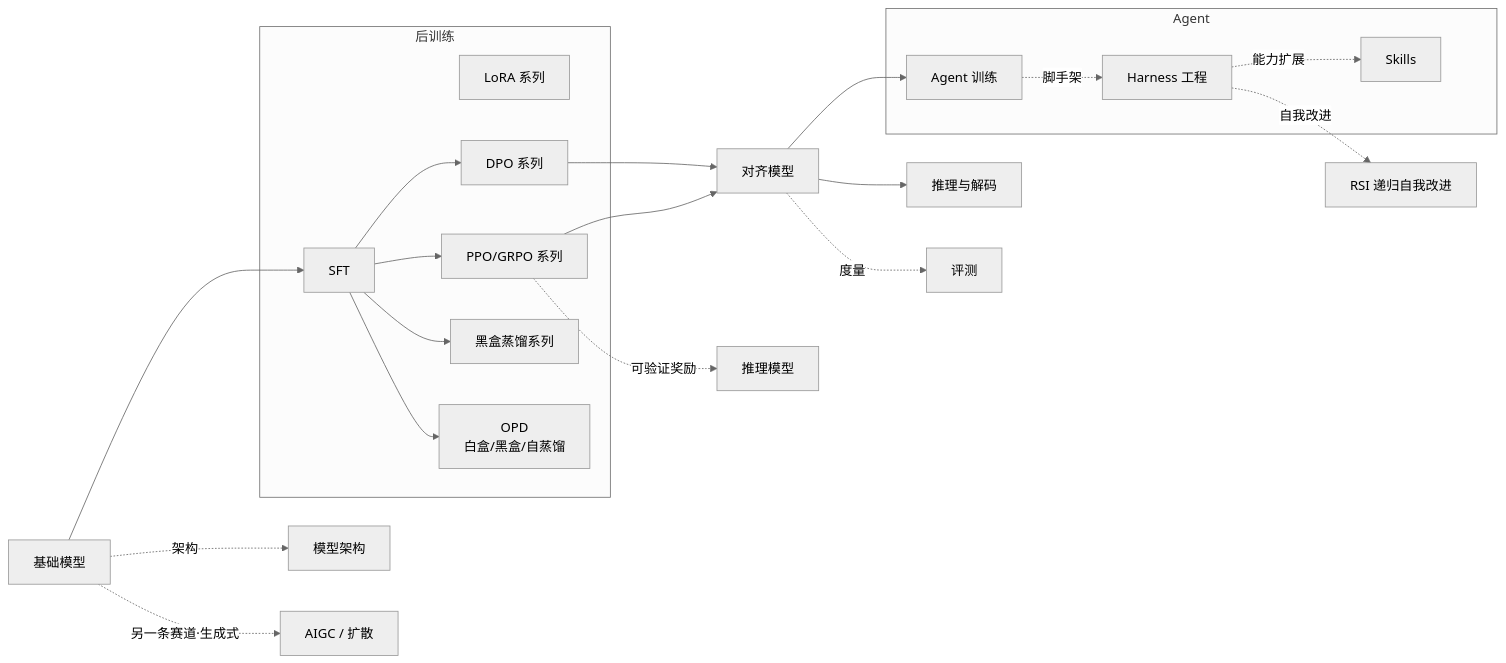
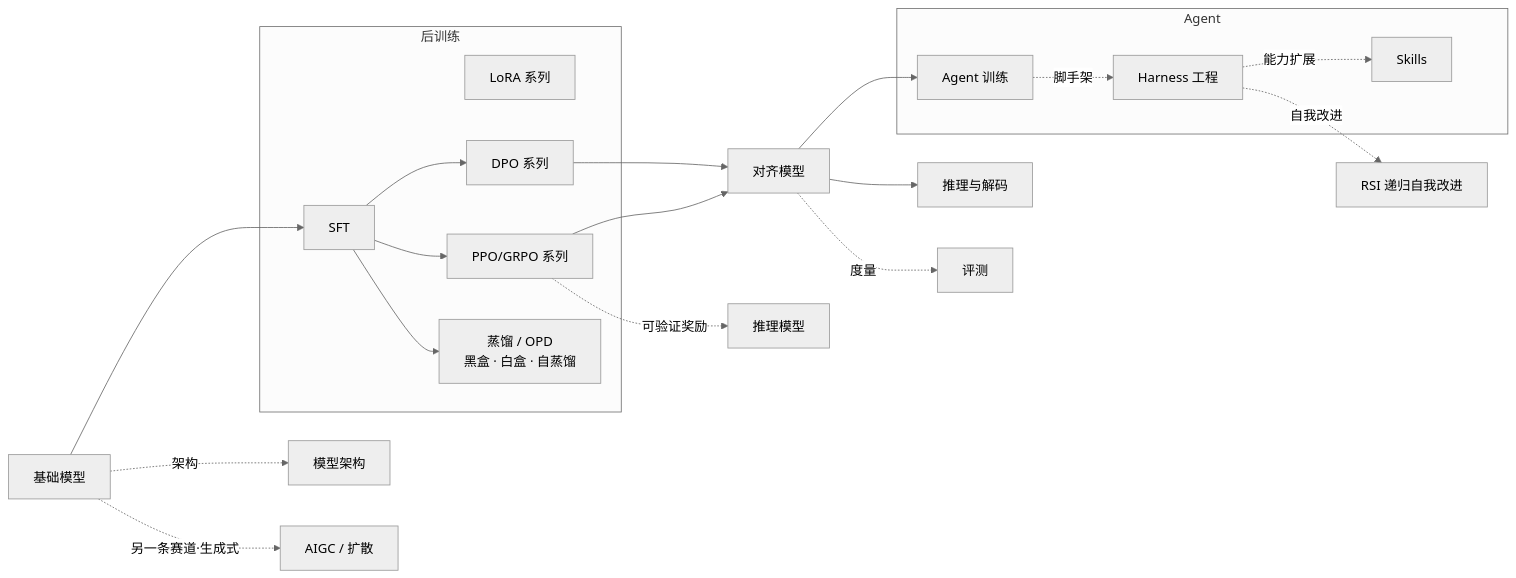
One commit to zhoujx4/llm-atlas changed the diagram in docs/index.md. Above: the diagram before and after it, drawn with Mermaid (neutral theme). The commit also changed 10 other files, not shown here.

````diff
--- a/docs/index.md
+++ b/docs/index.md
@@ -9,24 +9,23 @@
 ```mermaid
 flowchart LR
     BM[基础模型] -.架构.-> ARCH[模型架构]
     BM -.另一条赛道·生成式.-> AIGC[AIGC / 扩散]
     BM --> SFT
     subgraph POST[后训练]
         SFT[SFT] ~~~ LORA[LoRA 系列]
         SFT --> PO[DPO 系列]
         SFT --> RL[PPO/GRPO 系列]
-        SFT --> DST[黑盒蒸馏系列]
-        SFT --> OPD[OPD<br/>白盒/黑盒/自蒸馏]
+        SFT --> DST[蒸馏 / OPD<br/>黑盒 · 白盒 · 自蒸馏]
     end
     PO --> A[对齐模型]
     RL --> A
     RL -.可验证奖励.-> RSN[推理模型]
     A --> INF[推理与解码]
     A -.度量.-> EVAL[评测]
     A --> AGT
     subgraph AGENT[Agent]
         AGT[Agent 训练] -.脚手架.-> HN[Harness 工程]
         HN -.能力扩展.-> SK[Skills]
     end
     HN -.自我改进.-> RSI[RSI 递归自我改进]
 ```
````
